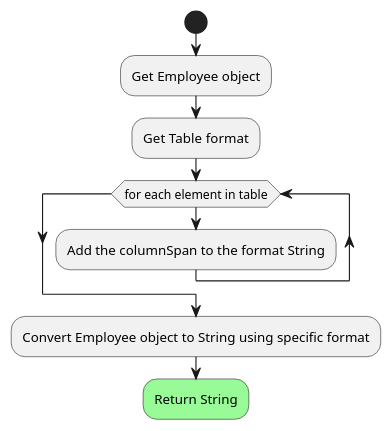
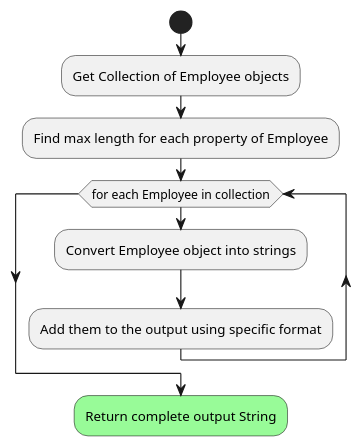
Before and after one commit to mplekunov/Assignment_3: the diagram in src/main/resources/ex42/ActivityDiagrams/OutputFormatter.puml, drawn with PlantUML. The commit also changed 22 other files, not shown here.

```diff
--- a/src/main/resources/ex42/ActivityDiagrams/OutputFormatter.puml
+++ b/src/main/resources/ex42/ActivityDiagrams/OutputFormatter.puml
@@ -1,15 +1,15 @@
 @startuml
 'https://plantuml.com/activity-diagram-beta
 
 start
-    :Get Employee object;
-    :Get Table format;
-    while (for each element in table)
-        :Add the columnSpan to the format String;
+    :Get Collection of Employee objects;
+    :Find max length for each property of Employee;
+    while (for each Employee in collection)
+        :Convert Employee object into strings;
+        :Add them to the output using specific format;
     endwhile
 
-    :Convert Employee object to String using specific format;
-    #palegreen:Return String;
+    #palegreen:Return complete output String;
     kill
 
 @enduml
```
